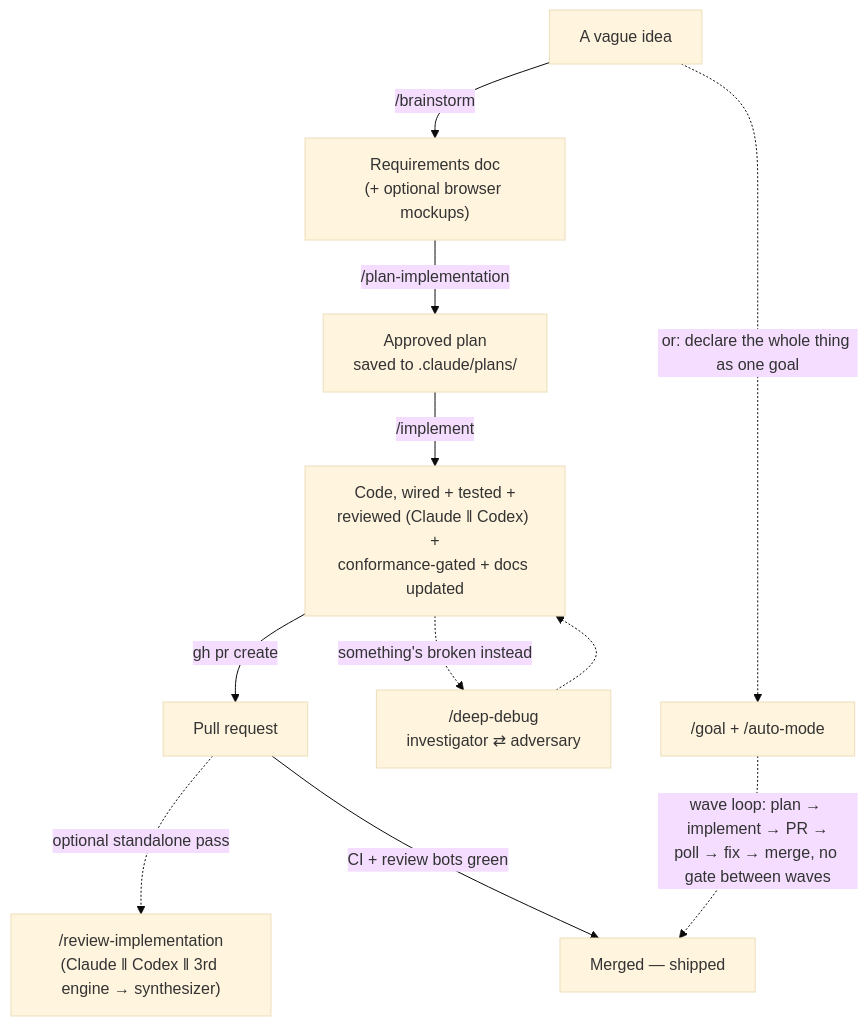
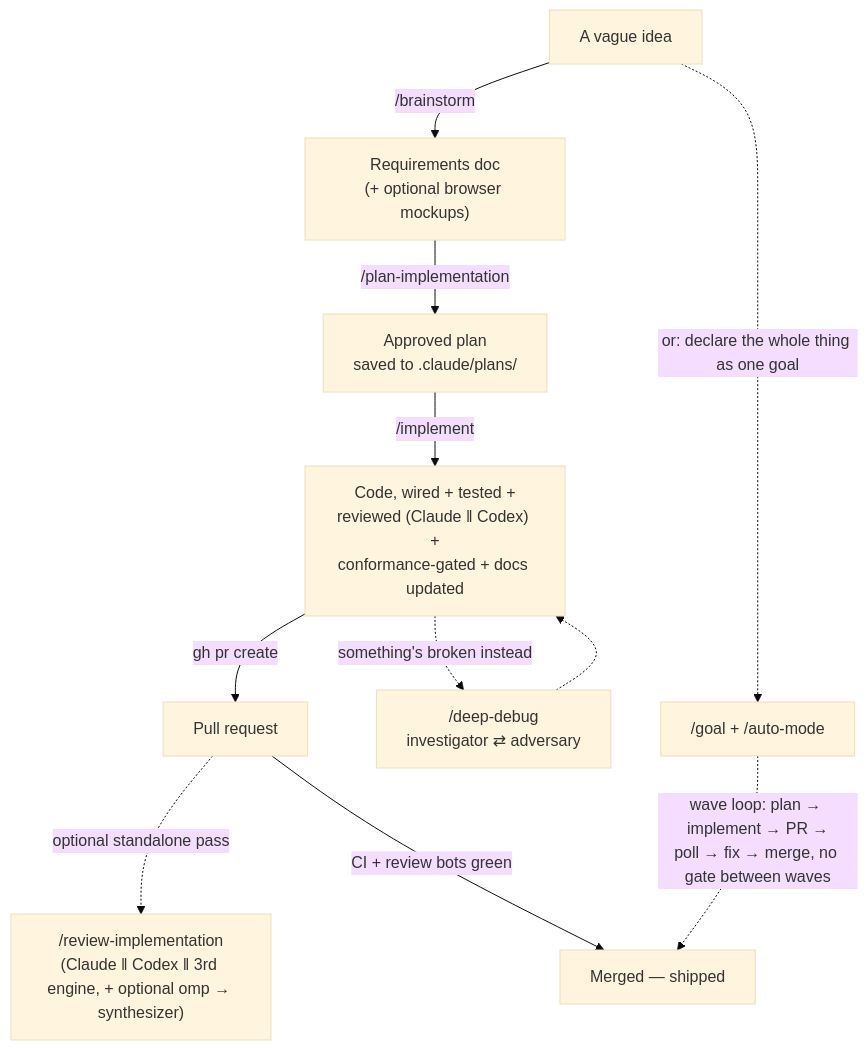
The diagram in agents/README.md (nodera-studio/agent-os), drawn with Mermaid (base theme) before and after one commit. The commit also changed other lines of this file and 91 other files, not shown here.

````diff
--- a/agents/README.md
+++ b/agents/README.md
@@ -127,15 +129,15 @@
 ```mermaid
 flowchart TD
     IDEA["A vague idea"] -->|"/brainstorm"| REQ["Requirements doc<br/>(+ optional browser mockups)"]
     REQ -->|"/plan-implementation"| PLAN["Approved plan<br/>saved to .claude/plans/"]
     PLAN -->|"/implement"| CODE["Code, wired + tested +<br/>reviewed (Claude ‖ Codex) +<br/>conformance-gated + docs updated"]
     CODE -->|"gh pr create"| PR["Pull request"]
-    PR -.->|"optional standalone pass"| DEEPREV["/review-implementation<br/>(Claude ‖ Codex ‖ 3rd engine → synthesizer)"]
+    PR -.->|"optional standalone pass"| DEEPREV["/review-implementation<br/>(Claude ‖ Codex ‖ 3rd engine, + optional omp → synthesizer)"]
     PR -->|"CI + review bots green"| SHIP["Merged — shipped"]
 
     IDEA -.->|"or: declare the whole thing as one goal"| GOAL["/goal + /auto-mode"]
     GOAL -.->|"wave loop: plan → implement → PR →<br/>poll → fix → merge, no gate between waves"| SHIP
 
     CODE -.->|"something's broken instead"| DEBUG["/deep-debug<br/>investigator ⇄ adversary"]
     DEBUG -.-> CODE
 ```
````
